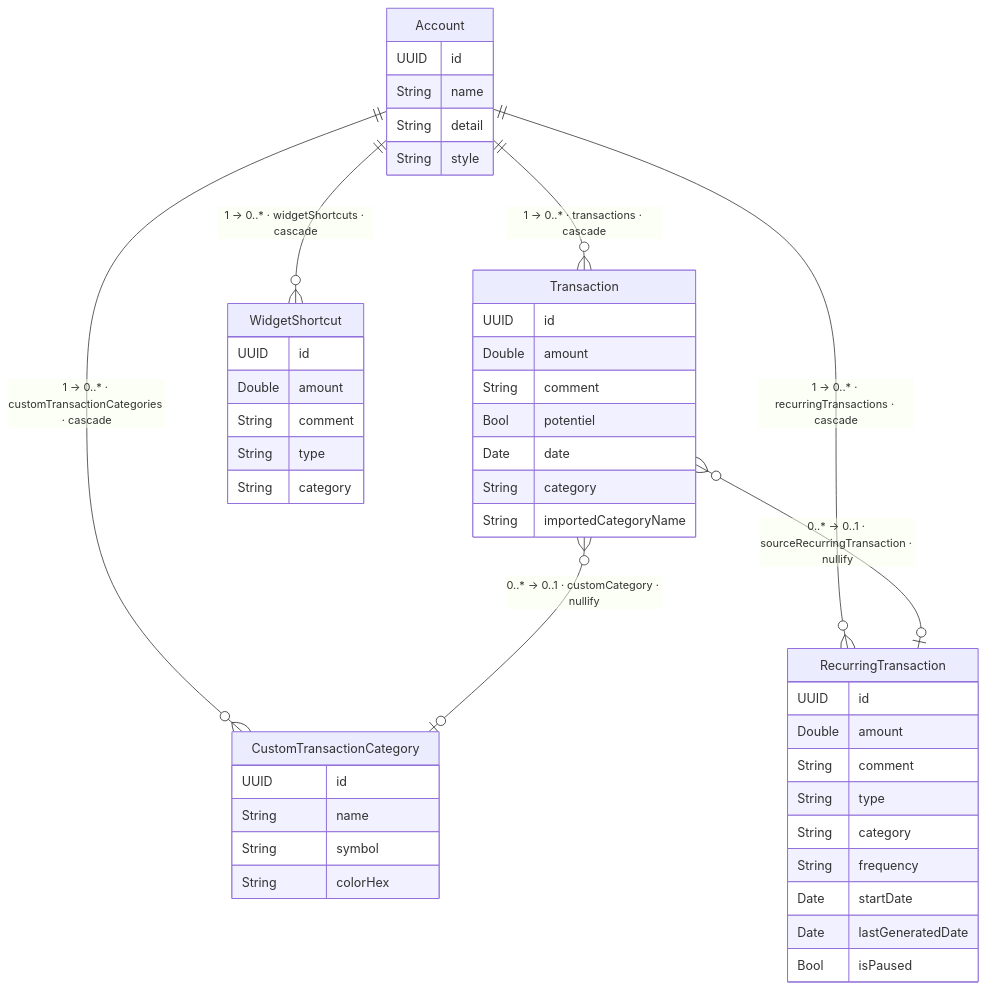
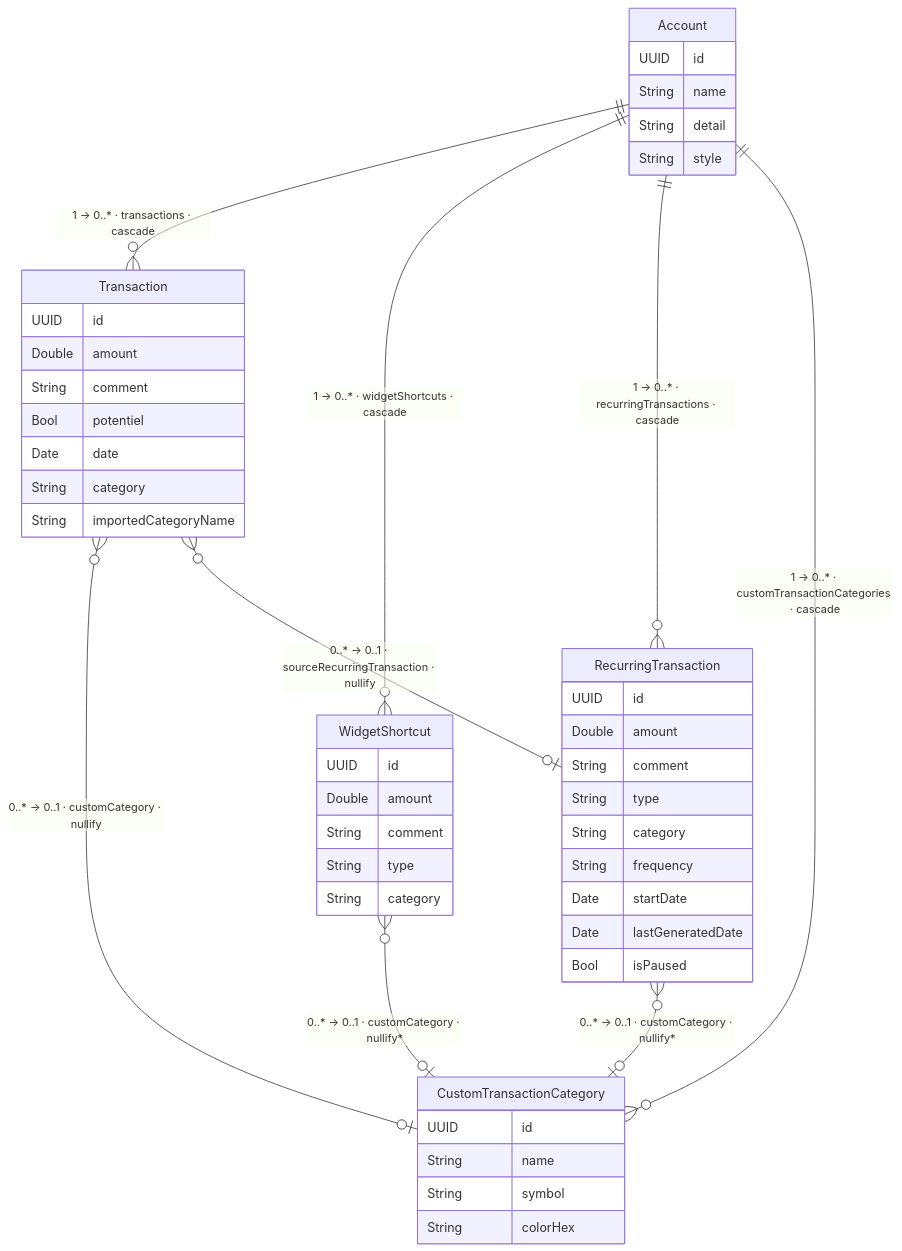
The diagram in DATA_MODEL.md (godefroy-reynaud/Finoria-iOS), drawn with Mermaid before and after one commit. The commit also changed other lines of this file and 4 other files, not shown here.

First line of the commit message:
docs: sync architecture docs with current app and add data-evolution caveats

````diff
--- a/DATA_MODEL.md
+++ b/DATA_MODEL.md
@@ -7,55 +7,57 @@
 ```mermaid
 erDiagram
 
     Account {
         UUID    id
         String  name
         String  detail
         String  style
     }
 
     Transaction {
         UUID    id
         Double  amount
         String  comment
         Bool    potentiel
         Date    date
         String  category
         String  importedCategoryName
     }
 
     WidgetShortcut {
         UUID    id
         Double  amount
         String  comment
         String  type
         String  category
     }
 
     RecurringTransaction {
         UUID    id
         Double  amount
         String  comment
         String  type
         String  category
         String  frequency
         Date    startDate
         Date    lastGeneratedDate
         Bool    isPaused
     }
 
     CustomTransactionCategory {
         UUID    id
         String  name
         String  symbol
         String  colorHex
     }
 
     Account ||--o{ Transaction               : "1 → 0..* · transactions · cascade"
     Account ||--o{ WidgetShortcut            : "1 → 0..* · widgetShortcuts · cascade"
     Account ||--o{ RecurringTransaction      : "1 → 0..* · recurringTransactions · cascade"
     Account ||--o{ CustomTransactionCategory : "1 → 0..* · customTransactionCategories · cascade"
 
-    Transaction }o--o| CustomTransactionCategory : "0..* → 0..1 · customCategory · nullify"
-    Transaction }o--o| RecurringTransaction      : "0..* → 0..1 · sourceRecurringTransaction · nullify"
+    Transaction }o--o| CustomTransactionCategory          : "0..* → 0..1 · customCategory · nullify"
+    WidgetShortcut }o--o| CustomTransactionCategory       : "0..* → 0..1 · customCategory · nullify*"
+    RecurringTransaction }o--o| CustomTransactionCategory : "0..* → 0..1 · customCategory · nullify*"
+    Transaction }o--o| RecurringTransaction               : "0..* → 0..1 · sourceRecurringTransaction · nullify"
 ```
````
